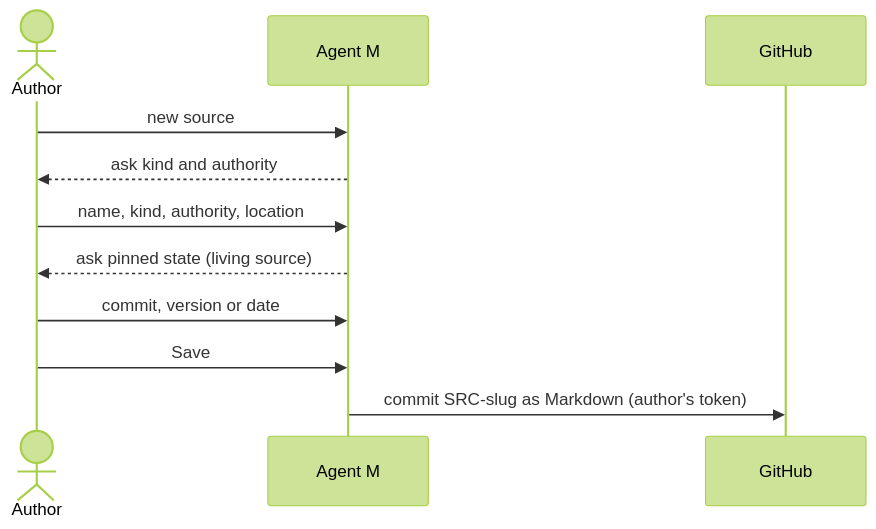
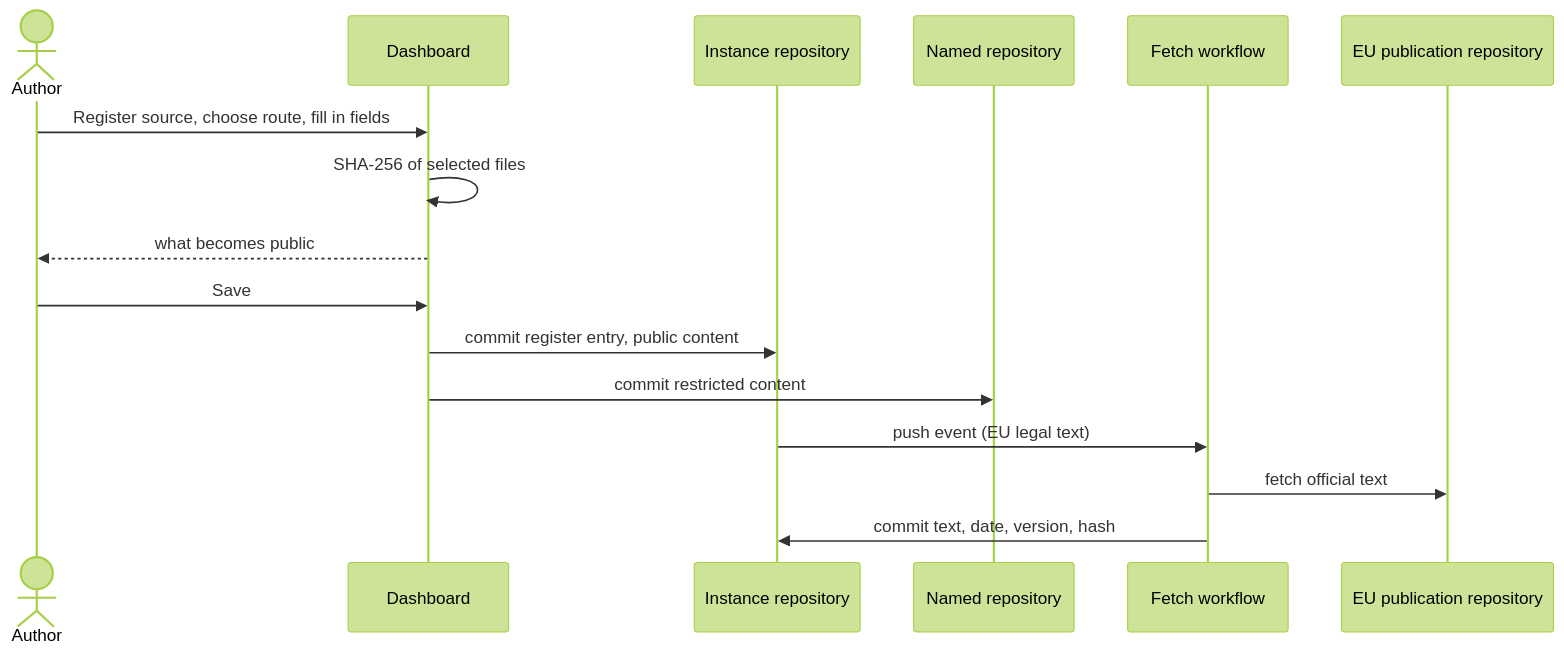
Before and after one commit to akmaier/agent-m: the diagram in docs/use-cases/UC-004-register-a-requirement-source.md, drawn with Mermaid (forest theme). The commit also changed other lines of this file and 4 other files, not shown here.

````diff
--- a/docs/use-cases/UC-004-register-a-requirement-source.md
+++ b/docs/use-cases/UC-004-register-a-requirement-source.md
@@ -51,13 +77,18 @@
 ```mermaid
 sequenceDiagram
     actor A as Author
-    participant M as Agent M
-    participant G as GitHub
-    A->>M: new source
-    M-->>A: ask kind and authority
-    A->>M: name, kind, authority, location
-    M-->>A: ask pinned state (living source)
-    A->>M: commit, version or date
-    A->>M: Save
-    M->>G: commit SRC-slug as Markdown (author's token)
+    participant D as Dashboard
+    participant I as Instance repository
+    participant R as Named repository
+    participant W as Fetch workflow
+    participant E as EU publication repository
+    A->>D: Register source, choose route, fill in fields
+    D->>D: SHA-256 of selected files
+    D-->>A: what becomes public
+    A->>D: Save
+    D->>I: commit register entry, public content
+    D->>R: commit restricted content
+    I->>W: push event (EU legal text)
+    W->>E: fetch official text
+    W->>I: commit text, date, version, hash
 ```
````
